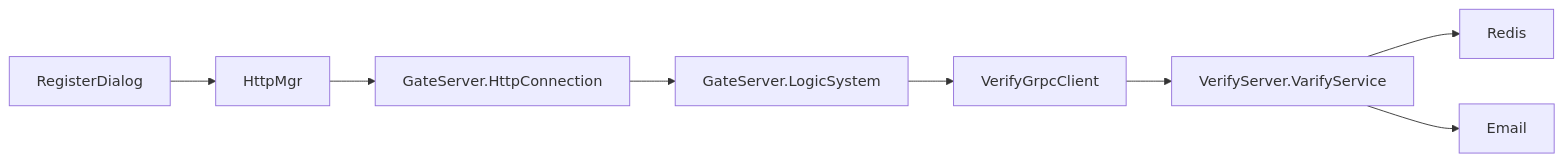
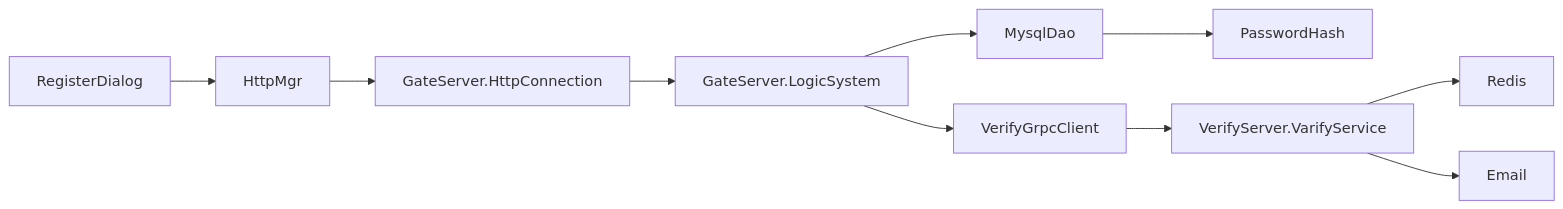
The eighth of 8 diagrams in .qoder/repowiki/zh/content/核心功能模块/用户认证系统/用户注册功能.md (echo9923/mychatter), drawn with Mermaid before and after one commit. The commit also changed other lines of this file and 58 other files, not shown here.

````diff
--- a/.qoder/repowiki/zh/content/核心功能模块/用户认证系统/用户注册功能.md
+++ b/.qoder/repowiki/zh/content/核心功能模块/用户认证系统/用户注册功能.md
@@ -377,10 +452,12 @@
 ```mermaid
 graph LR
 RegDlg["RegisterDialog"] --> HttpMgr["HttpMgr"]
 HttpMgr --> GateHTTP["GateServer.HttpConnection"]
 GateHTTP --> GateLogic["GateServer.LogicSystem"]
 GateLogic --> GRPC["VerifyGrpcClient"]
+GateLogic --> DAO["MysqlDao"]
+DAO --> PH["PasswordHash"]
 GRPC --> VerifySvc["VerifyServer.VarifyService"]
 VerifySvc --> Redis["Redis"]
 VerifySvc --> Email["Email"]
 ```
````
